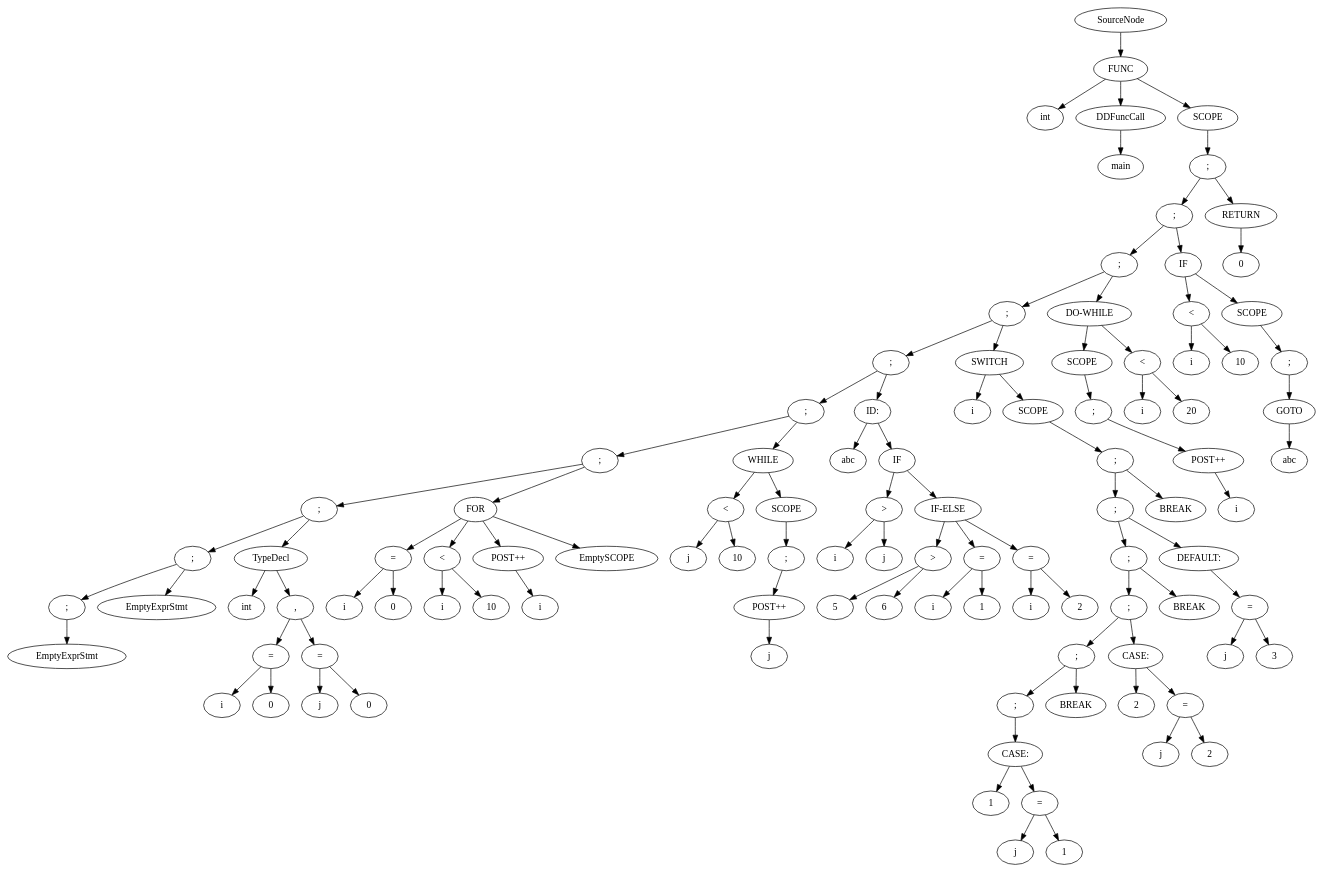
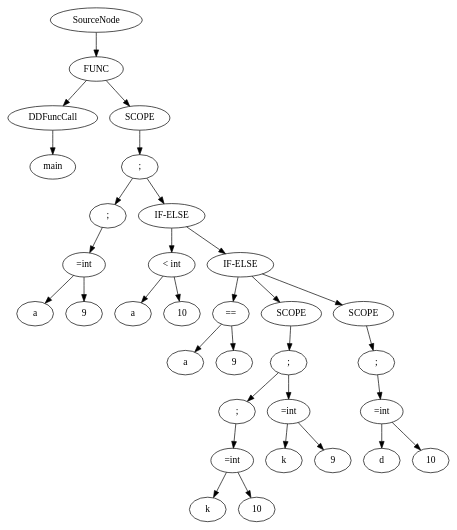
The diagram in dot/test4.dot (SupreethBaliga/Compilers), drawn with Graphviz before and after one commit. The commit also changed 16 other files, not shown here.

```diff
--- a/dot/test4.dot
+++ b/dot/test4.dot
@@ -3,378 +3,131 @@
 	node [label="\N"];
 	{
 		graph [rank=same];
-		4	[label=";"];
-		5	[label=EmptyExprStmt];
-		4 -> 5	[style=invis];
+		2		 [label=main];
 	}
 	{
 		graph [rank=same];
-		8	[label=i];
-		9	[label=0];
-		8 -> 9	[style=invis];
+		5		 [label=a];
+		6		 [label=9];
+		5 -> 6		 [style=invis];
 	}
 	{
 		graph [rank=same];
-		11	[label=j];
-		12	[label=0];
-		11 -> 12	[style=invis];
+		7		 [label="=int"];
 	}
 	{
 		graph [rank=same];
-		10	[label="="];
-		13	[label="="];
-		10 -> 13	[style=invis];
+		9		 [label=a];
+		10		 [label=10];
+		9 -> 10		 [style=invis];
 	}
 	{
 		graph [rank=same];
-		7	[label=int];
-		14	[label=","];
-		7 -> 14	[style=invis];
+		16		 [label=a];
+		17		 [label=9];
+		16 -> 17		 [style=invis];
 	}
 	{
 		graph [rank=same];
-		6	[label=";"];
-		15	[label=TypeDecl];
-		6 -> 15	[style=invis];
+		20		 [label=k];
+		21		 [label=10];
+		20 -> 21		 [style=invis];
 	}
 	{
 		graph [rank=same];
-		17	[label=i];
-		19	[label=0];
-		17 -> 19	[style=invis];
+		22		 [label="=int"];
 	}
 	{
 		graph [rank=same];
-		20	[label=i];
-		21	[label=10];
-		20 -> 21	[style=invis];
+		24		 [label=k];
+		26		 [label=9];
+		24 -> 26		 [style=invis];
 	}
 	{
 		graph [rank=same];
-		18	[label="="];
-		22	[label="<"];
-		18 -> 22	[style=invis];
-		24	[label="POST++"];
-		22 -> 24	[style=invis];
-		25	[label=EmptySCOPE];
-		24 -> 25	[style=invis];
+		23		 [label=";"];
+		25		 [label="=int"];
+		23 -> 25		 [style=invis];
 	}
 	{
 		graph [rank=same];
-		16	[label=";"];
-		26	[label=FOR];
-		16 -> 26	[style=invis];
+		27		 [label=";"];
 	}
 	{
 		graph [rank=same];
-		28	[label=j];
-		29	[label=10];
-		28 -> 29	[style=invis];
+		31		 [label=d];
+		33		 [label=10];
+		31 -> 33		 [style=invis];
 	}
 	{
 		graph [rank=same];
-		30	[label="<"];
-		34	[label=SCOPE];
-		30 -> 34	[style=invis];
+		32		 [label="=int"];
 	}
 	{
 		graph [rank=same];
-		27	[label=";"];
-		35	[label=WHILE];
-		27 -> 35	[style=invis];
+		34		 [label=";"];
 	}
 	{
 		graph [rank=same];
-		37	[label=i];
-		38	[label=j];
-		37 -> 38	[style=invis];
+		18		 [label="=="];
+		28		 [label=SCOPE];
+		18 -> 28		 [style=invis];
+		35		 [label=SCOPE];
+		28 -> 35		 [style=invis];
 	}
 	{
 		graph [rank=same];
-		40	[label=5];
-		41	[label=6];
-		40 -> 41	[style=invis];
+		11		 [label="< int"];
+		36		 [label="IF-ELSE"];
+		11 -> 36		 [style=invis];
 	}
 	{
 		graph [rank=same];
-		43	[label=i];
-		45	[label=1];
-		43 -> 45	[style=invis];
+		8		 [label=";"];
+		37		 [label="IF-ELSE"];
+		8 -> 37		 [style=invis];
 	}
 	{
 		graph [rank=same];
-		46	[label=i];
-		48	[label=2];
-		46 -> 48	[style=invis];
+		38		 [label=";"];
 	}
 	{
 		graph [rank=same];
-		42	[label=">"];
-		44	[label="="];
-		42 -> 44	[style=invis];
-		47	[label="="];
-		44 -> 47	[style=invis];
+		3		 [label=DDFuncCall];
+		39		 [label=SCOPE];
+		3 -> 39		 [style=invis];
 	}
-	{
-		graph [rank=same];
-		39	[label=">"];
-		49	[label="IF-ELSE"];
-		39 -> 49	[style=invis];
-	}
-	{
-		graph [rank=same];
-		50	[label=IF];
-		52	[label=abc];
-		52 -> 50	[style=invis];
-	}
-	{
-		graph [rank=same];
-		36	[label=";"];
-		51	[label="ID:"];
-		36 -> 51	[style=invis];
-	}
-	{
-		graph [rank=same];
-		56	[label=j];
-		58	[label=1];
-		56 -> 58	[style=invis];
-	}
-	{
-		graph [rank=same];
-		55	[label=1];
-		57	[label="="];
-		55 -> 57	[style=invis];
-	}
-	{
-		graph [rank=same];
-		60	[label=";"];
-		61	[label=BREAK];
-		60 -> 61	[style=invis];
-	}
-	{
-		graph [rank=same];
-		64	[label=j];
-		66	[label=2];
-		64 -> 66	[style=invis];
-	}
-	{
-		graph [rank=same];
-		63	[label=2];
-		65	[label="="];
-		63 -> 65	[style=invis];
-	}
-	{
-		graph [rank=same];
-		62	[label=";"];
-		67	[label="CASE:"];
-		62 -> 67	[style=invis];
-	}
-	{
-		graph [rank=same];
-		68	[label=";"];
-		69	[label=BREAK];
-		68 -> 69	[style=invis];
-	}
-	{
-		graph [rank=same];
-		71	[label=j];
-		73	[label=3];
-		71 -> 73	[style=invis];
-	}
-	{
-		graph [rank=same];
-		70	[label=";"];
-		74	[label="DEFAULT:"];
-		70 -> 74	[style=invis];
-	}
-	{
-		graph [rank=same];
-		75	[label=";"];
-		76	[label=BREAK];
-		75 -> 76	[style=invis];
-	}
-	{
-		graph [rank=same];
-		54	[label=i];
-		78	[label=SCOPE];
-		54 -> 78	[style=invis];
-	}
-	{
-		graph [rank=same];
-		53	[label=";"];
-		79	[label=SWITCH];
-		53 -> 79	[style=invis];
-	}
-	{
-		graph [rank=same];
-		85	[label=i];
-		86	[label=20];
-		85 -> 86	[style=invis];
-	}
-	{
-		graph [rank=same];
-		84	[label=SCOPE];
-		87	[label="<"];
-		84 -> 87	[style=invis];
-	}
-	{
-		graph [rank=same];
-		80	[label=";"];
-		88	[label="DO-WHILE"];
-		80 -> 88	[style=invis];
-	}
-	{
-		graph [rank=same];
-		90	[label=i];
-		91	[label=10];
-		90 -> 91	[style=invis];
-	}
-	{
-		graph [rank=same];
-		92	[label="<"];
-		96	[label=SCOPE];
-		92 -> 96	[style=invis];
-	}
-	{
-		graph [rank=same];
-		89	[label=";"];
-		97	[label=IF];
-		89 -> 97	[style=invis];
-	}
-	{
-		graph [rank=same];
-		98	[label=";"];
-		100	[label=RETURN];
-		98 -> 100	[style=invis];
-	}
-	{
-		graph [rank=same];
-		0	[label=int];
-		2	[label=DDFuncCall];
-		0 -> 2	[style=invis];
-		102	[label=SCOPE];
-		2 -> 102	[style=invis];
-	}
-	1	[label=main];
-	2 -> 1;
-	3	[label=EmptyExprStmt];
-	4 -> 3;
-	6 -> 4;
-	6 -> 5;
-	10 -> 8;
-	10 -> 9;
-	13 -> 11;
-	13 -> 12;
-	14 -> 10;
-	14 -> 13;
-	15 -> 7;
-	15 -> 14;
-	16 -> 6;
-	16 -> 15;
+	0	 [label=SourceNode];
+	40	 [label=FUNC];
+	0 -> 40;
+	3 -> 2;
+	7 -> 5;
+	7 -> 6;
+	8 -> 7;
+	11 -> 9;
+	11 -> 10;
+	18 -> 16;
 	18 -> 17;
-	18 -> 19;
 	22 -> 20;
 	22 -> 21;
-	23	[label=i];
-	24 -> 23;
-	26 -> 18;
-	26 -> 22;
-	26 -> 24;
-	26 -> 25;
-	27 -> 16;
-	27 -> 26;
-	30 -> 28;
-	30 -> 29;
-	31	[label=j];
-	32	[label="POST++"];
+	23 -> 22;
+	25 -> 24;
+	25 -> 26;
+	27 -> 23;
+	27 -> 25;
+	28 -> 27;
 	32 -> 31;
-	33	[label=";"];
-	33 -> 32;
-	34 -> 33;
-	35 -> 30;
+	32 -> 33;
+	34 -> 32;
 	35 -> 34;
-	36 -> 27;
+	36 -> 18;
+	36 -> 28;
 	36 -> 35;
-	39 -> 37;
+	37 -> 11;
+	37 -> 36;
+	38 -> 8;
+	38 -> 37;
 	39 -> 38;
-	42 -> 40;
-	42 -> 41;
-	44 -> 43;
-	44 -> 45;
-	47 -> 46;
-	47 -> 48;
-	49 -> 42;
-	49 -> 44;
-	49 -> 47;
-	50 -> 39;
-	50 -> 49;
-	51 -> 50;
-	51 -> 52;
-	53 -> 36;
-	53 -> 51;
-	57 -> 56;
-	57 -> 58;
-	59	[label="CASE:"];
-	59 -> 55;
-	59 -> 57;
-	60 -> 59;
-	62 -> 60;
-	62 -> 61;
-	65 -> 64;
-	65 -> 66;
-	67 -> 63;
-	67 -> 65;
-	68 -> 62;
-	68 -> 67;
-	70 -> 68;
-	70 -> 69;
-	72	[label="="];
-	72 -> 71;
-	72 -> 73;
-	74 -> 72;
-	75 -> 70;
-	75 -> 74;
-	77	[label=";"];
-	77 -> 75;
-	77 -> 76;
-	78 -> 77;
-	79 -> 54;
-	79 -> 78;
-	80 -> 53;
-	80 -> 79;
-	81	[label=i];
-	82	[label="POST++"];
-	82 -> 81;
-	83	[label=";"];
-	83 -> 82;
-	84 -> 83;
-	87 -> 85;
-	87 -> 86;
-	88 -> 84;
-	88 -> 87;
-	89 -> 80;
-	89 -> 88;
-	92 -> 90;
-	92 -> 91;
-	93	[label=GOTO];
-	94	[label=abc];
-	93 -> 94;
-	95	[label=";"];
-	95 -> 93;
-	96 -> 95;
-	97 -> 92;
-	97 -> 96;
-	98 -> 89;
-	98 -> 97;
-	99	[label=0];
-	100 -> 99;
-	101	[label=";"];
-	101 -> 98;
-	101 -> 100;
-	102 -> 101;
-	103	[label=FUNC];
-	103 -> 0;
-	103 -> 2;
-	103 -> 102;
-	SourceNode -> 103;
+	40 -> 3;
+	40 -> 39;
 }
```
